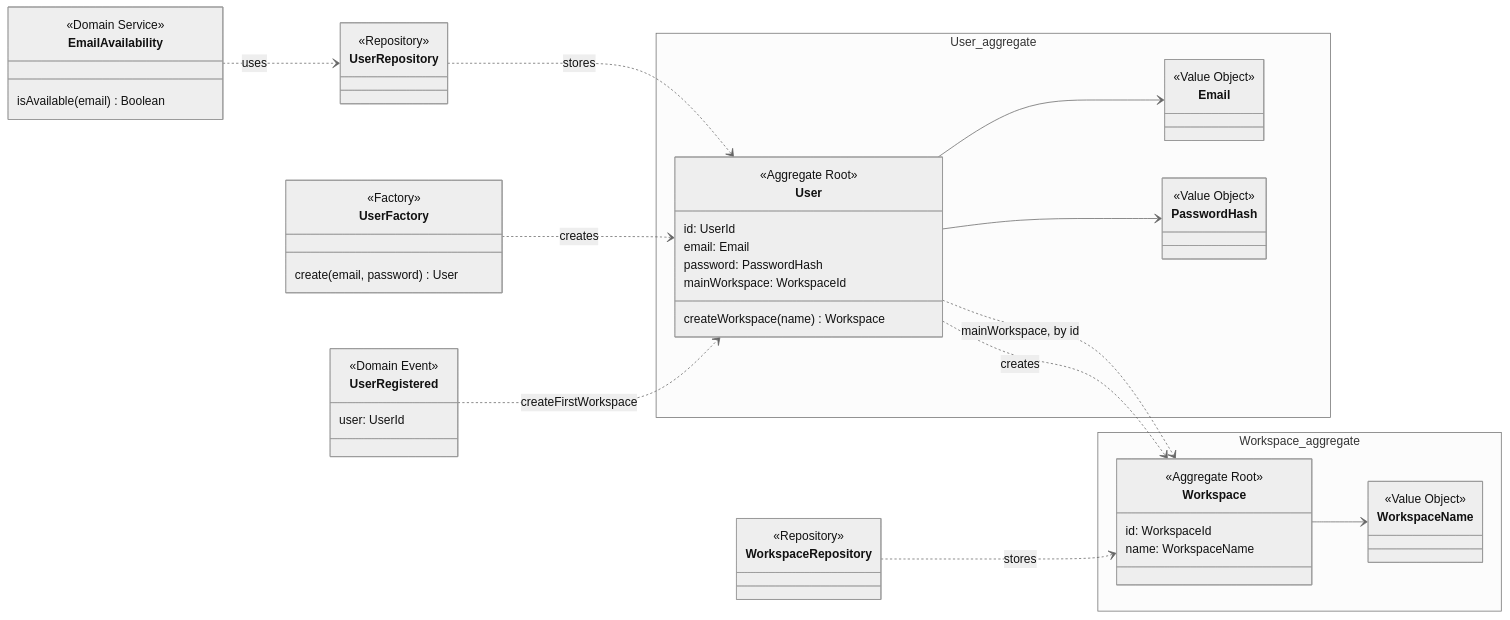
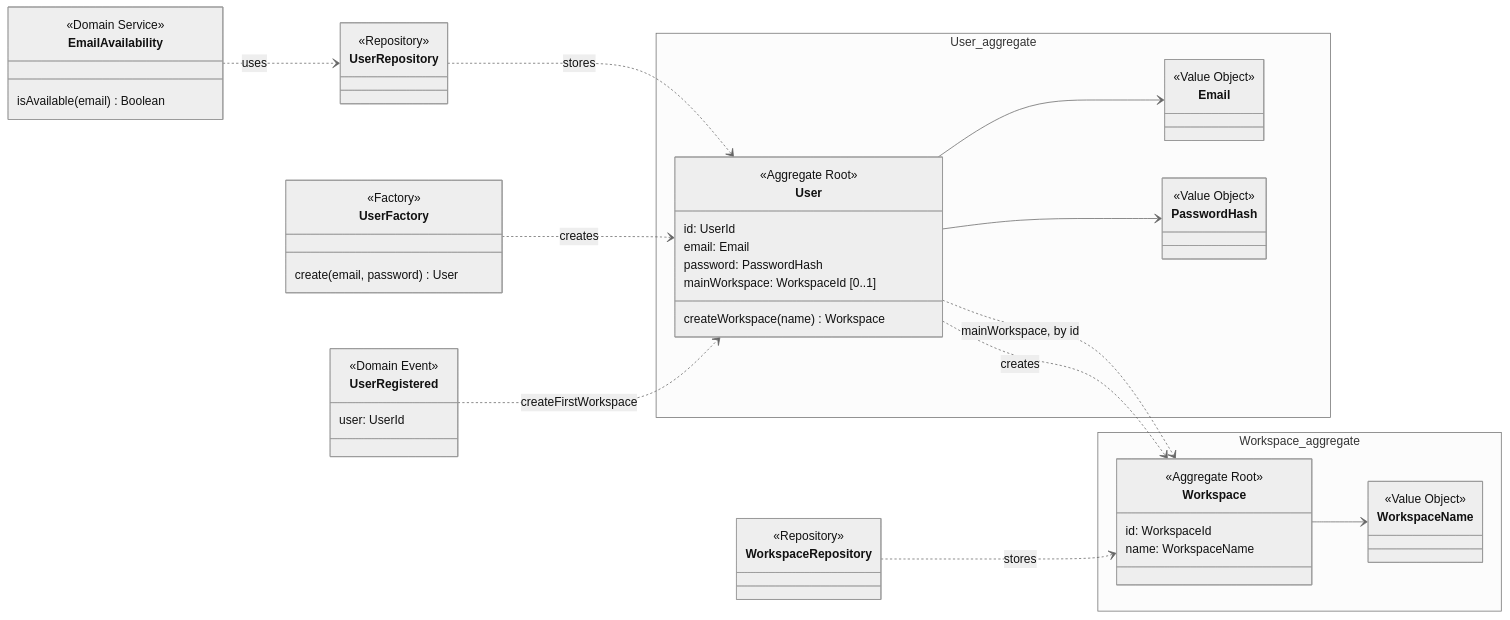
Before and after one commit to Bending-Forks/gotion: the first of 5 diagrams in docs/_includes/tactical-design.md, drawn with Mermaid (neutral theme). The commit also changed other lines of this file and 11 other files, not shown here.

````diff
--- a/docs/_includes/tactical-design.md
+++ b/docs/_includes/tactical-design.md
@@ -32,58 +32,58 @@
 ```mermaid
 classDiagram
   direction LR
   namespace User_aggregate {
     class User {
       <<Aggregate Root>>
       id: UserId
       email: Email
       password: PasswordHash
-      mainWorkspace: WorkspaceId
+      mainWorkspace: WorkspaceId [0..1]
       createWorkspace(name) Workspace
     }
     class Email {
       <<Value Object>>
     }
     class PasswordHash {
       <<Value Object>>
     }
   }
   namespace Workspace_aggregate {
     class Workspace {
       <<Aggregate Root>>
       id: WorkspaceId
       name: WorkspaceName
     }
     class WorkspaceName {
       <<Value Object>>
     }
   }
   class UserRepository {
     <<Repository>>
   }
   class WorkspaceRepository {
     <<Repository>>
   }
   class UserFactory {
     <<Factory>>
     create(email, password) User
   }
   class EmailAvailability {
     <<Domain Service>>
     isAvailable(email) Boolean
   }
   class UserRegistered {
     <<Domain Event>>
     user: UserId
   }
   User --> Email
   User --> PasswordHash
   Workspace --> WorkspaceName
   User ..> Workspace : mainWorkspace, by id
   UserRepository ..> User : stores
   WorkspaceRepository ..> Workspace : stores
   UserFactory ..> User : creates
   EmailAvailability ..> UserRepository : uses
   UserRegistered ..> User : createFirstWorkspace
   User ..> Workspace : creates
 ```
````
